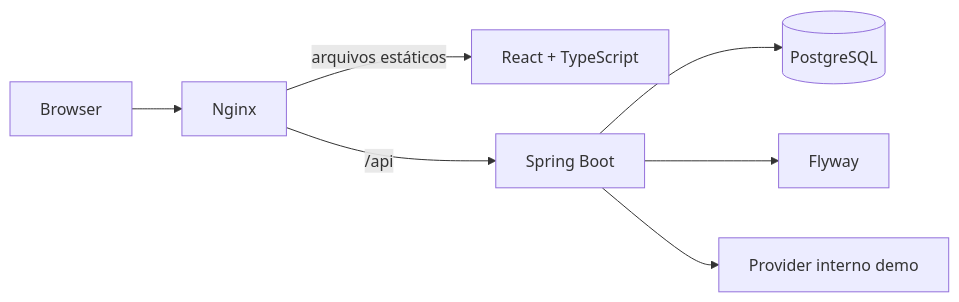
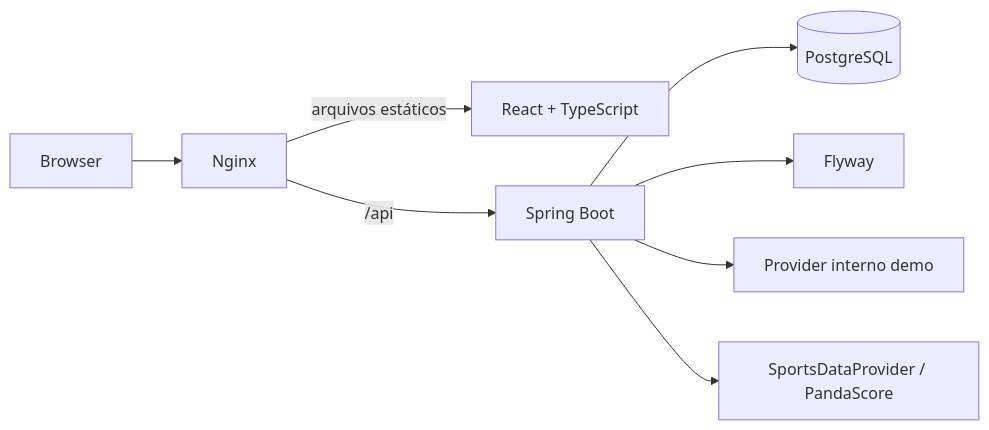
The diagram in README.md (matheus-samuel-dev/arena-predict), drawn with Mermaid before and after one commit. The commit also changed other lines of this file and 138 other files, not shown here.

````diff
--- a/README.md
+++ b/README.md
@@ -50,9 +51,10 @@
 ```mermaid
 flowchart LR
     B[Browser] --> N[Nginx]
     N -->|arquivos estáticos| R[React + TypeScript]
     N -->|/api| S[Spring Boot]
     S --> P[(PostgreSQL)]
     S --> F[Flyway]
     S --> D[Provider interno demo]
+    S --> X[SportsDataProvider / PandaScore]
 ```
````
